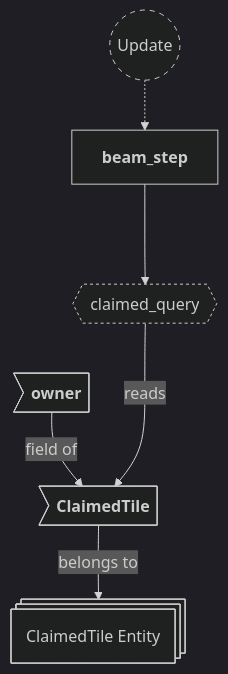
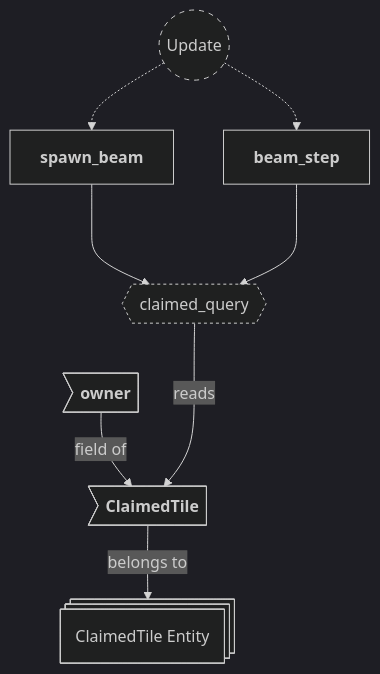
One commit to neurosoup/tyled changed the eighth of 12 diagrams in backlog/docs/doc-7 - 006-Beam-plugin.md. Above: the diagram before and after it, drawn with Mermaid. The commit also changed other lines of this file and 3 other files, not shown here.

````diff
--- a/backlog/docs/doc-7 - 006-Beam-plugin.md
+++ b/backlog/docs/doc-7 - 006-Beam-plugin.md
@@ -298,25 +315,28 @@
 ```mermaid
 ---
 config:
   theme: dark
 ---
 
 flowchart TD
 classDef system-group stroke-dasharray: 5 5
 classDef query stroke-dasharray: 3 3
 
 update(("`Update`")):::system-group
+spawn_beam["`**spawn_beam**`"]
 beam_step["`**beam_step**`"]
 
+update -.-> spawn_beam
 update -.-> beam_step
 
 claimed_query{{"`claimed_query`"}}:::query
+spawn_beam ---> claimed_query
 beam_step ---> claimed_query
 
 claimed_tile_entity@{ shape: st-rect, label: "ClaimedTile Entity" }
 
 ct_claimed>"`**ClaimedTile**`"] --> |belongs to| claimed_tile_entity
 ct_owner>"`**owner**`"] --> |field of| ct_claimed
 
 claimed_query ---> |reads| ct_claimed
 ```
````
